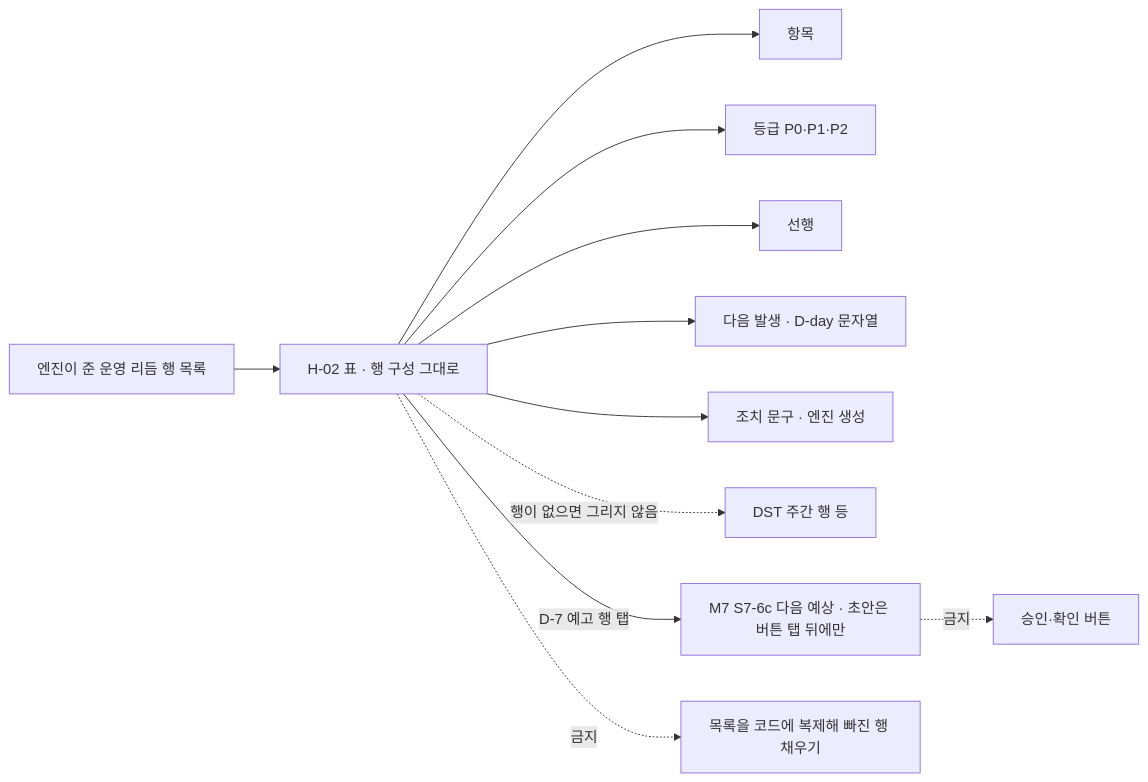
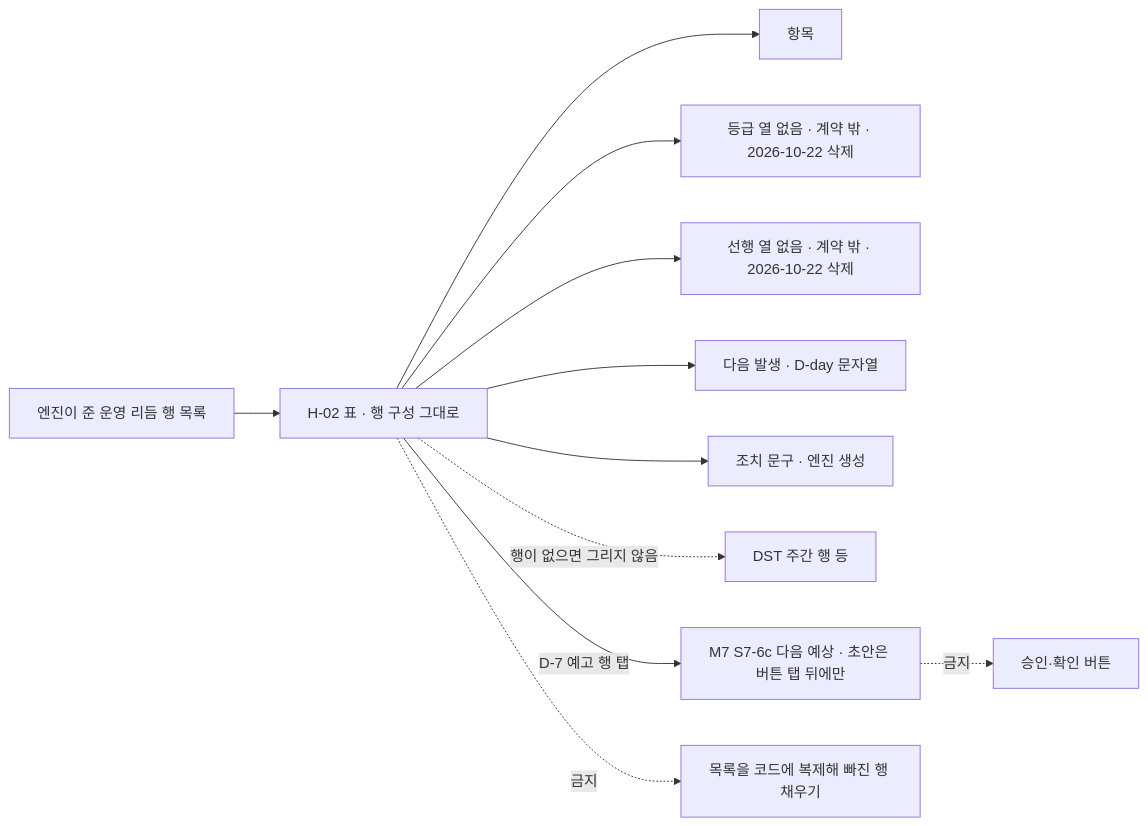
One commit to billybeom/AutoAlphaQuant changed diagram 11 of 27 in docs/ai-context/04_화면명세_M8_셸_운영홈_알림_온보딩.md. Above: the diagram before and after it, drawn with Mermaid. The commit also changed other lines of this file and 5 other files, not shown here.

````diff
--- a/docs/ai-context/04_화면명세_M8_셸_운영홈_알림_온보딩.md
+++ b/docs/ai-context/04_화면명세_M8_셸_운영홈_알림_온보딩.md
@@ -602,13 +602,13 @@
 ```mermaid
 flowchart LR
   ENG["엔진이 준 운영 리듬 행 목록"] --> TBL["H-02 표 · 행 구성 그대로"]
   TBL --> C1["항목"]
-  TBL --> C2["등급 P0·P1·P2"]
-  TBL --> C3["선행"]
+  TBL --> C2["등급 열 없음 · 계약 밖 · 2026-10-22 삭제"]
+  TBL --> C3["선행 열 없음 · 계약 밖 · 2026-10-22 삭제"]
   TBL --> C4["다음 발생 · D-day 문자열"]
   TBL --> C5["조치 문구 · 엔진 생성"]
   TBL -.->|"행이 없으면 그리지 않음"| DST["DST 주간 행 등"]
   TBL -->|"D-7 예고 행 탭"| M7["M7 S7-6c 다음 예상 · 초안은 버튼 탭 뒤에만"]
   M7 -.->|"금지"| APV["승인·확인 버튼"]
   TBL -.->|"금지"| DUP["목록을 코드에 복제해 빠진 행 채우기"]
 ```
````
